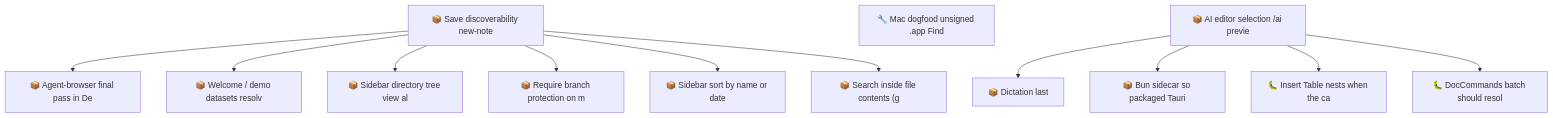
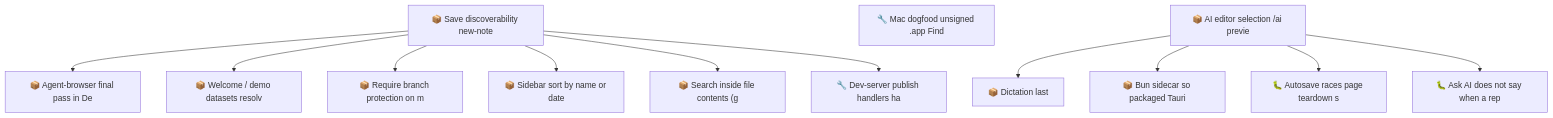
One commit to SpillwaveSolutions/motion changed the second of 2 diagrams in docs/roadmap.md. Above: the diagram before and after it, drawn with Mermaid. The commit also changed other lines of this file and 19 other files, not shown here.

First line of the commit message:
fix: table insert escapes its table; AI batches resolve against one snapshot (#48)

````diff
--- a/docs/roadmap.md
+++ b/docs/roadmap.md
@@ -113,26 +118,26 @@
 ```mermaid
 graph TD
     01KYQYYN3SBWDT25TC6H3G4EAA["📦 Save discoverability new-note"]
     01KYQYYN3T2SSGG33ESEWPXKH8["📦 Agent-browser final pass in De"]
     01KYQYYN3T3VB8RCTMJJ13FK2H["📦 Welcome / demo datasets resolv"]
-    01KYQYYN3T5W49QH05WCCYX7CE["📦 Sidebar directory tree view al"]
     01KYQYYN3T731B57N8NXQ8C0FQ["📦 Require branch protection on m"]
     01KYQYYN3TA69K8848E483HC82["📦 Sidebar sort by name or date"]
     01KYQYYN3TKW93D9SVW07VKFZY["📦 Search inside file contents (g"]
     01M18Q560MPAYQJTA0W6F4DAW3["🔧 Mac dogfood unsigned .app Find"]
     01M18R79ZM90HJ0MBG3CX6VW7E["📦 Dictation last"]
     01M18R79ZMN53CMV76JFHKVEFN["📦 AI editor selection /ai previe"]
     01M19Z6Z3XQZ03EYNXKKBG5WK7["📦 Bun sidecar so packaged Tauri"]
-    01M19Z6Z5DJ54227R1WYVVX2GF["🐛 Insert Table nests when the ca"]
-    01M19Z6Z6X06VRZM95741Y2748["🐛 DocCommands batch should resol"]
+    01M1ABYDSANE2N1W2HDTF350EV["🐛 Autosave races page teardown s"]
+    01M1ABZH14RJDDJ7M7HT3TZKYW["🐛 Ask AI does not say when a rep"]
+    01M1ABZH2F573CM32N93NDMAGB["🔧 Dev-server publish handlers ha"]
     01KYQYYN3SBWDT25TC6H3G4EAA --> 01KYQYYN3T2SSGG33ESEWPXKH8
     01KYQYYN3SBWDT25TC6H3G4EAA --> 01KYQYYN3T3VB8RCTMJJ13FK2H
-    01KYQYYN3SBWDT25TC6H3G4EAA --> 01KYQYYN3T5W49QH05WCCYX7CE
     01KYQYYN3SBWDT25TC6H3G4EAA --> 01KYQYYN3T731B57N8NXQ8C0FQ
     01KYQYYN3SBWDT25TC6H3G4EAA --> 01KYQYYN3TA69K8848E483HC82
     01KYQYYN3SBWDT25TC6H3G4EAA --> 01KYQYYN3TKW93D9SVW07VKFZY
     01M18R79ZMN53CMV76JFHKVEFN --> 01M18R79ZM90HJ0MBG3CX6VW7E
     01M18R79ZMN53CMV76JFHKVEFN --> 01M19Z6Z3XQZ03EYNXKKBG5WK7
-    01M18R79ZMN53CMV76JFHKVEFN --> 01M19Z6Z5DJ54227R1WYVVX2GF
-    01M18R79ZMN53CMV76JFHKVEFN --> 01M19Z6Z6X06VRZM95741Y2748
+    01M18R79ZMN53CMV76JFHKVEFN --> 01M1ABYDSANE2N1W2HDTF350EV
+    01M18R79ZMN53CMV76JFHKVEFN --> 01M1ABZH14RJDDJ7M7HT3TZKYW
+    01KYQYYN3SBWDT25TC6H3G4EAA --> 01M1ABZH2F573CM32N93NDMAGB
 ```
````
